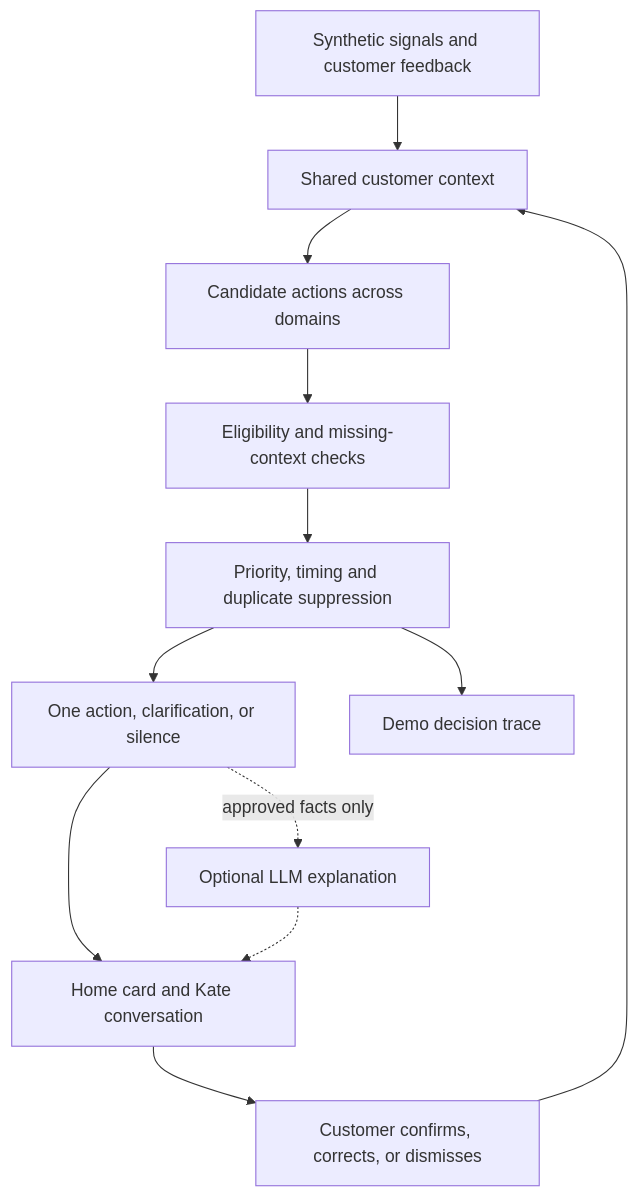
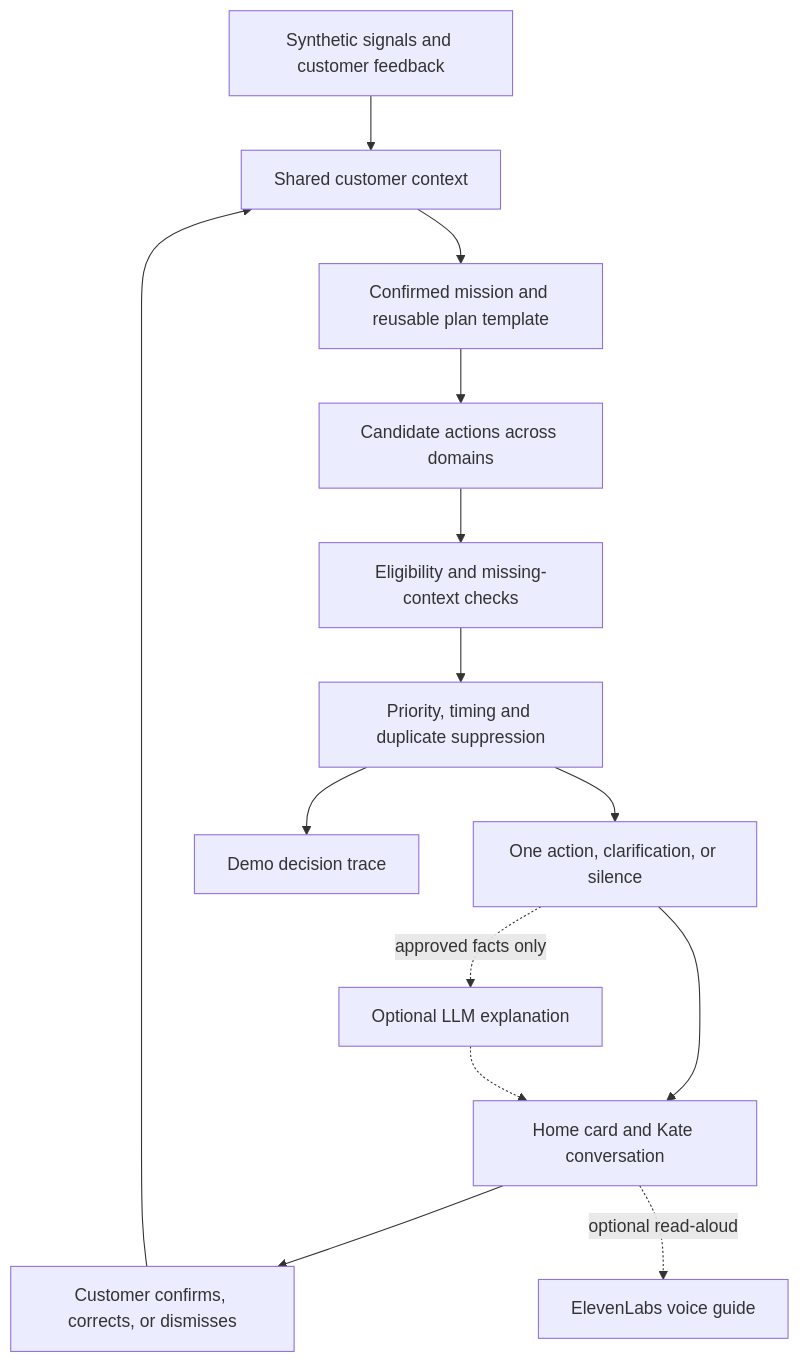
One commit to ShayChen817/Pirates0fLeuven changed the diagram in README.md. Above: the diagram before and after it, drawn with Mermaid. The commit also changed other lines of this file, not shown here.

````diff
--- a/README.md
+++ b/README.md
@@ -189,14 +223,16 @@
 ```mermaid
 flowchart TD
     A[Synthetic signals and customer feedback] --> B[Shared customer context]
-    B --> C[Candidate actions across domains]
+    B --> M[Confirmed mission and reusable plan template]
+    M --> C[Candidate actions across domains]
     C --> D[Eligibility and missing-context checks]
     D --> E[Priority, timing and duplicate suppression]
     E --> F[One action, clarification, or silence]
     F --> G[Home card and Kate conversation]
     G --> H[Customer confirms, corrects, or dismisses]
     H --> B
     E --> I[Demo decision trace]
     F -. approved facts only .-> J[Optional LLM explanation]
     J -.-> G
+    G -. optional read-aloud .-> V[ElevenLabs voice guide]
 ```
````
